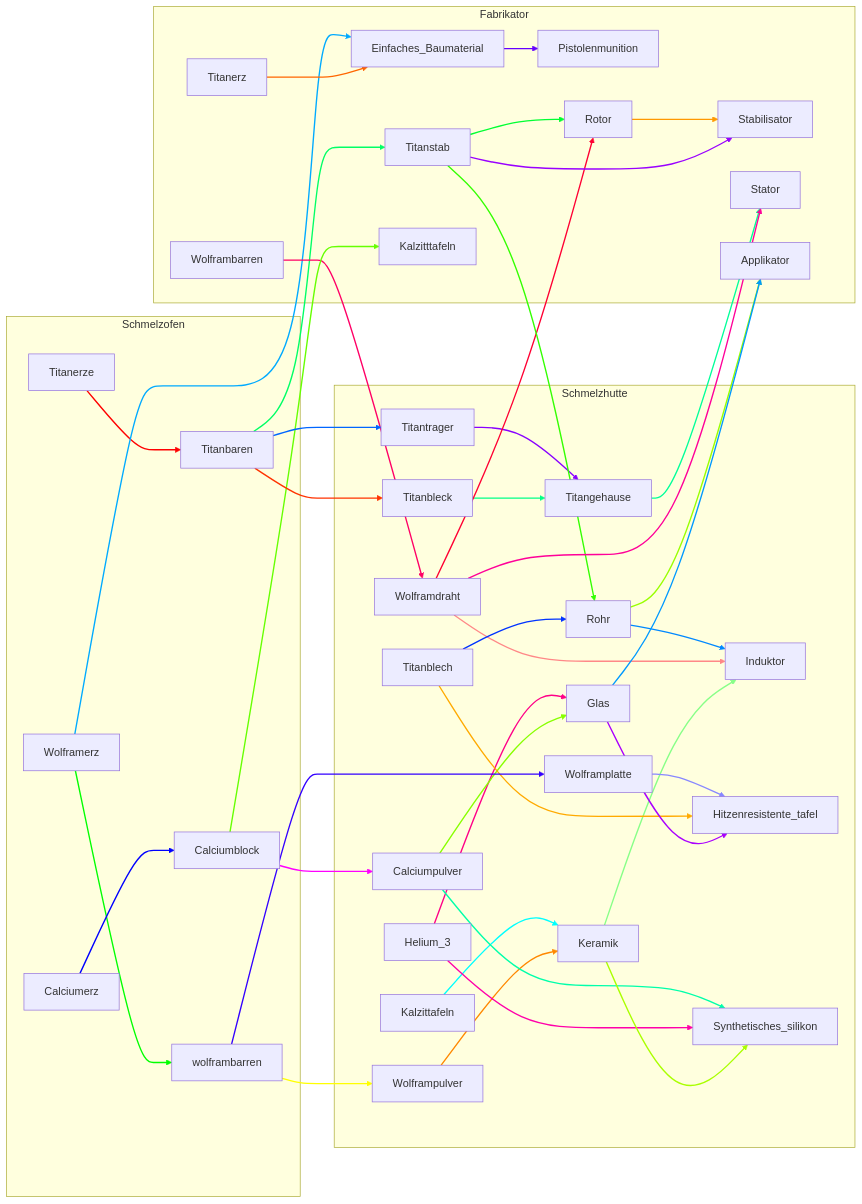
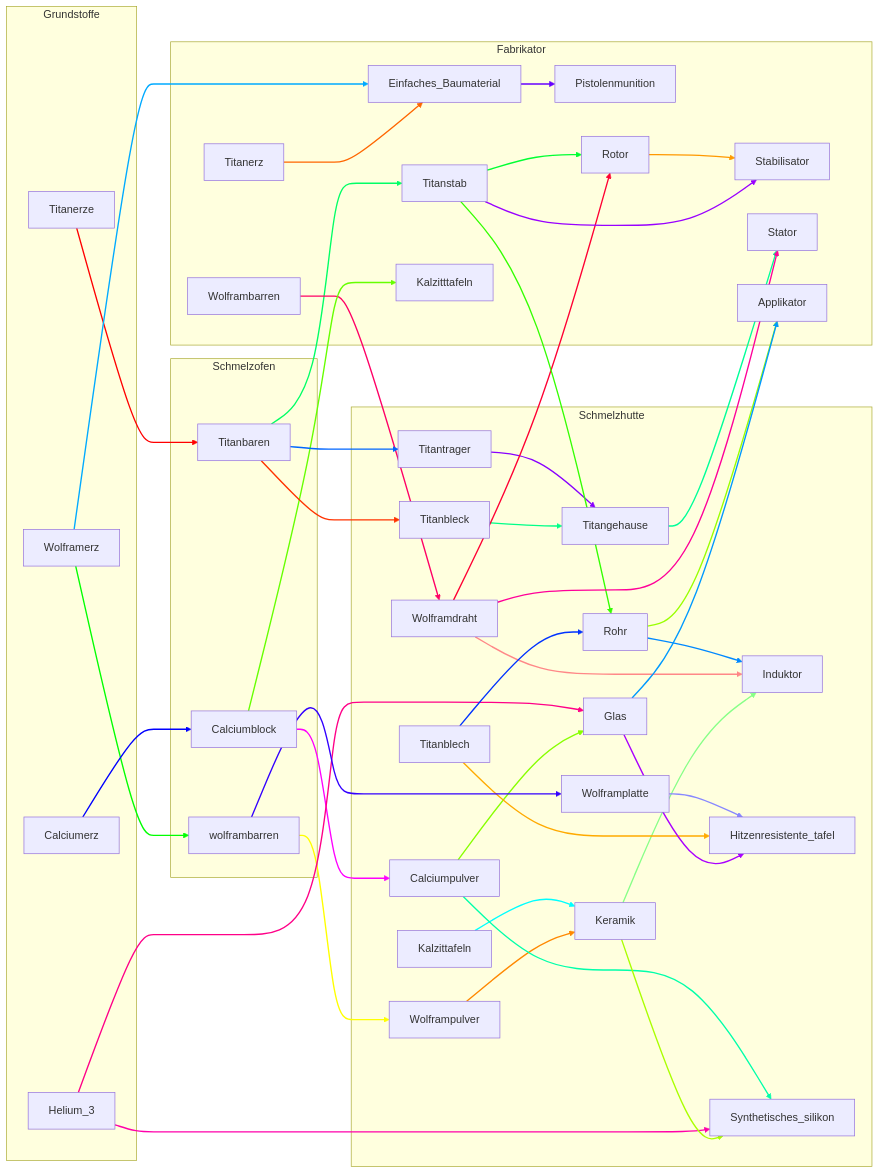
One commit to andrevdl/StarRuptere changed the diagram in tree.md. Above: the diagram before and after it, drawn with Mermaid.

Commit message:
resources in own group

```diff
--- a/tree.md
+++ b/tree.md
@@ -5,6 +5,12 @@
     
 ---
 graph LR;
+    subgraph Grundstoffe
+        Titanerze;
+        Wolframerz;
+        Calciumerz;
+        Helium_3;
+    end
     subgraph Schmelzofen
         Titanerze--> Titanbaren;
         Wolframerz-->wolframbarren;
```
